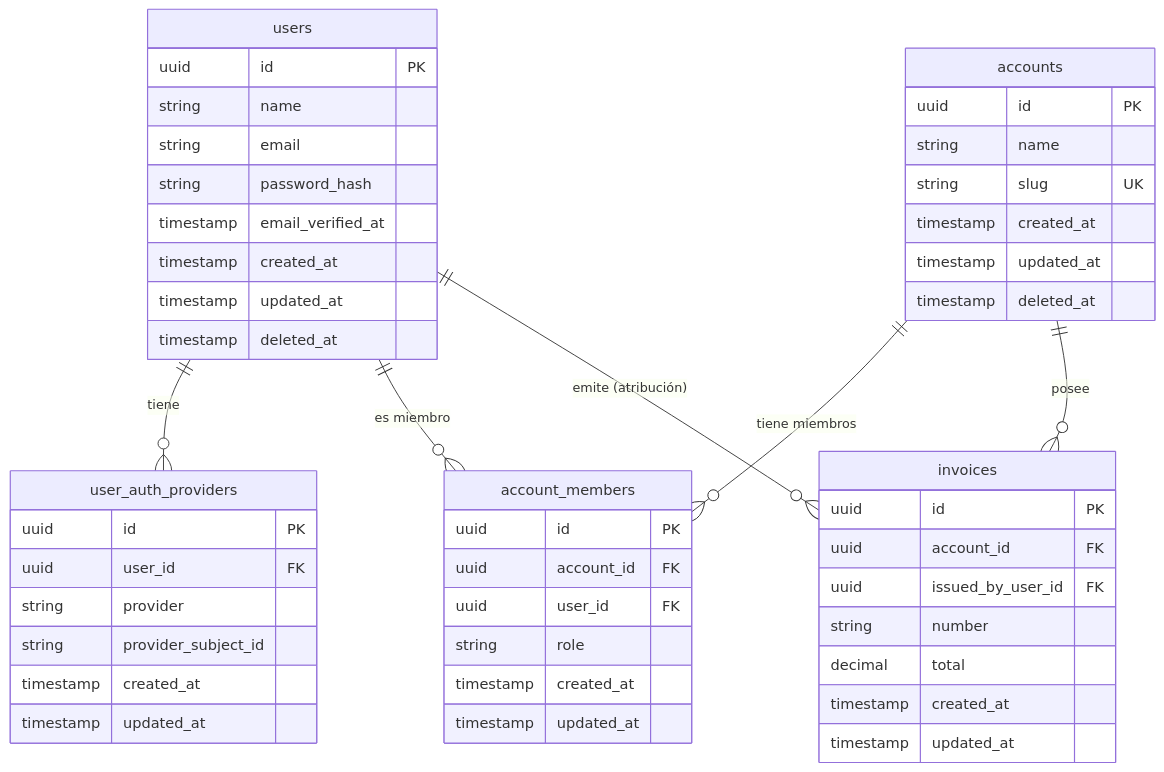
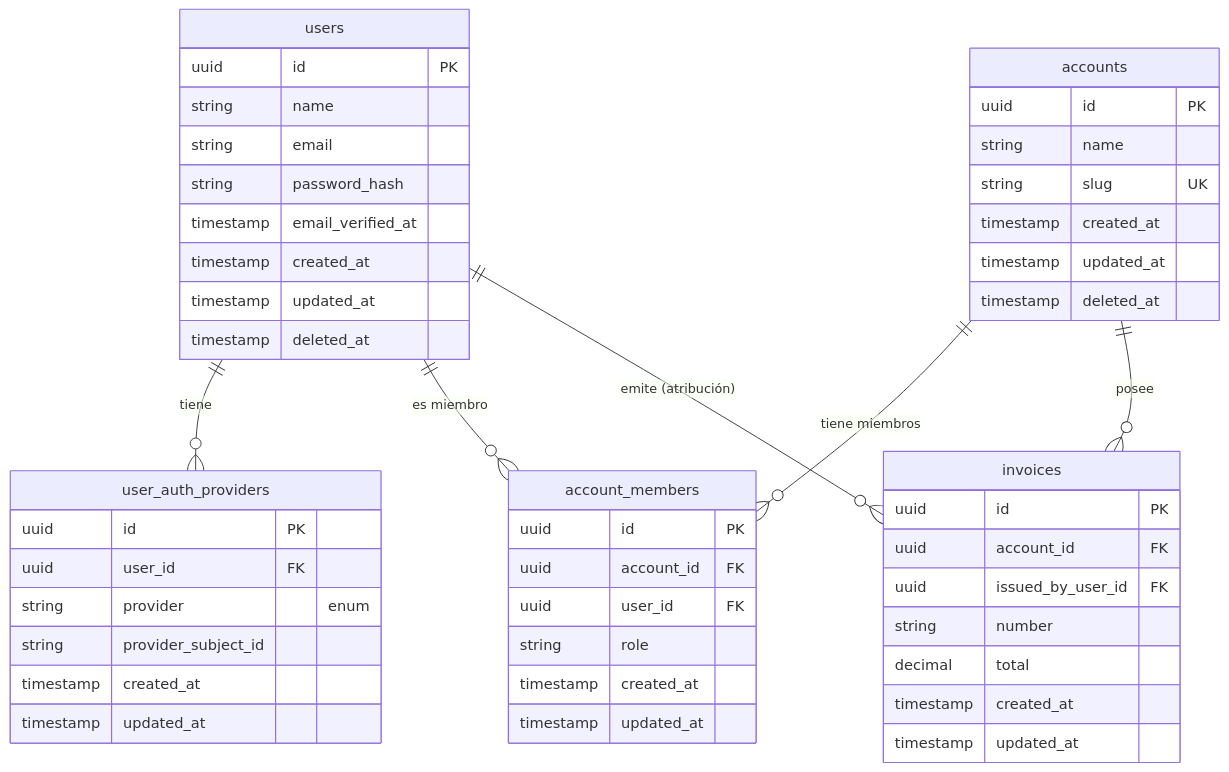
One commit to cloudflax/api.cloudflax changed the second of 2 diagrams in docs/ACCOUNTS_AND_DATA_OWNERSHIP.md. Above: the diagram before and after it, drawn with Mermaid. The commit also changed other lines of this file, not shown here.

Commit message:
Clarify `provider` field type in user authentication documentation
- Updated the `provider` field in the `user_auth_providers` entity to specify it as an enum, improving understanding of the supported authentication methods.
- Added a note detailing the possible values for the `provider` enum, including `google`, `facebook`, and `credentials`, to enhance clarity for users.

````diff
--- a/docs/ACCOUNTS_AND_DATA_OWNERSHIP.md
+++ b/docs/ACCOUNTS_AND_DATA_OWNERSHIP.md
@@ -111,56 +111,56 @@
 ```mermaid
 erDiagram
     users ||--o{ user_auth_providers : "tiene"
     users ||--o{ account_members : "es miembro"
     accounts ||--o{ account_members : "tiene miembros"
     accounts ||--o{ invoices : "posee"
     users ||--o{ invoices : "emite (atribución)"
 
     users {
         uuid id PK
         string name
         string email
         string password_hash
         timestamp email_verified_at
         timestamp created_at
         timestamp updated_at
         timestamp deleted_at
     }
 
     user_auth_providers {
         uuid id PK
         uuid user_id FK
-        string provider
+        string provider "enum"
         string provider_subject_id
         timestamp created_at
         timestamp updated_at
     }
 
     accounts {
         uuid id PK
         string name
         string slug UK
         timestamp created_at
         timestamp updated_at
         timestamp deleted_at
     }
 
     account_members {
         uuid id PK
         uuid account_id FK
         uuid user_id FK
         string role
         timestamp created_at
         timestamp updated_at
     }
 
     invoices {
         uuid id PK
         uuid account_id FK
         uuid issued_by_user_id FK
         string number
         decimal total
         timestamp created_at
         timestamp updated_at
     }
 ```
````
